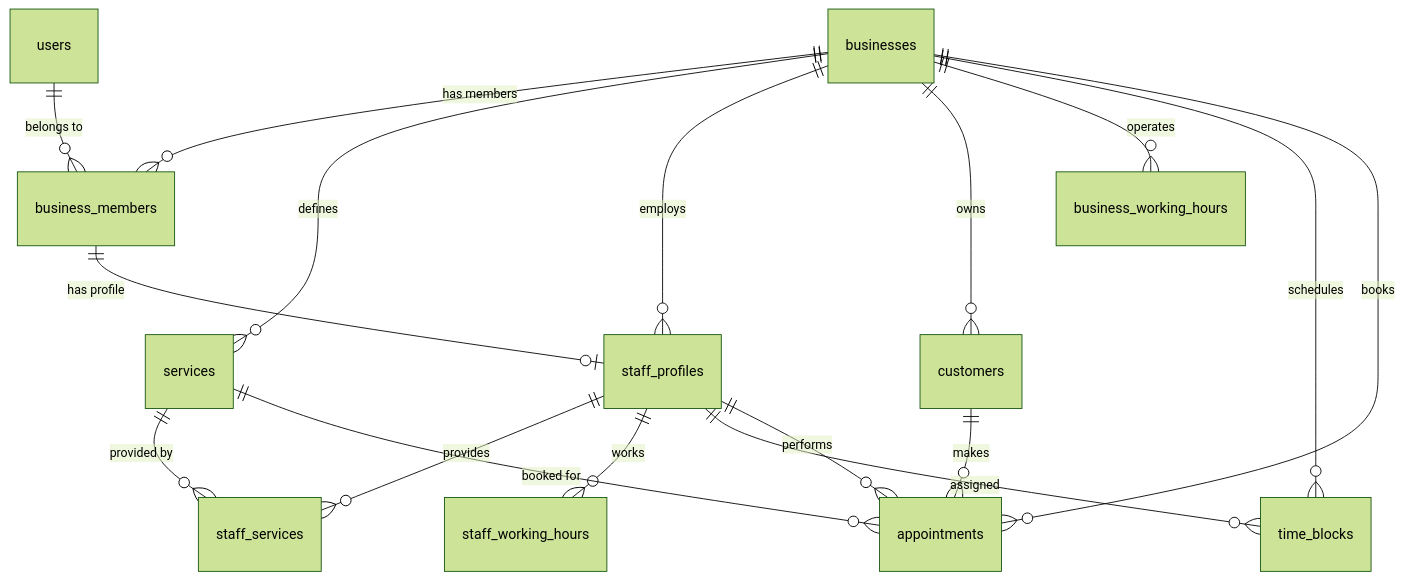
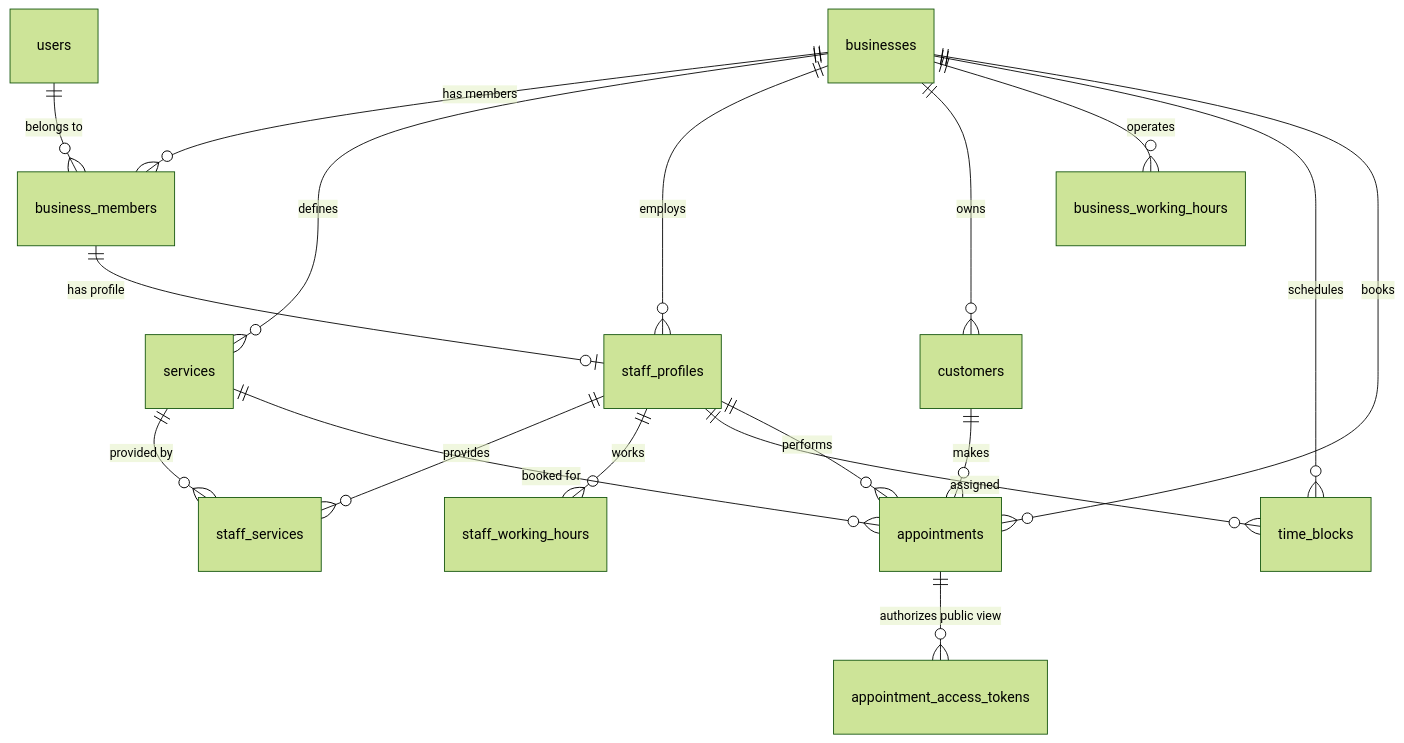
One commit to beb-studio/barbercraft changed the diagram in DATABASE.md. Above: the diagram before and after it, drawn with Mermaid (forest theme). The commit also changed other lines of this file and 45 other files, not shown here.

Commit message:
feat: add secure public appointment management access

````diff
--- a/DATABASE.md
+++ b/DATABASE.md
@@ -11,19 +11,20 @@
 ```mermaid
 erDiagram
     users ||--o{ business_members : "belongs to"
     businesses ||--o{ business_members : "has members"
     businesses ||--o{ services : "defines"
     business_members ||--o| staff_profiles : "has profile"
     businesses ||--o{ staff_profiles : "employs"
     staff_profiles ||--o{ staff_services : "provides"
     services ||--o{ staff_services : "provided by"
     businesses ||--o{ customers : "owns"
     businesses ||--o{ business_working_hours : "operates"
     staff_profiles ||--o{ staff_working_hours : "works"
     businesses ||--o{ time_blocks : "schedules"
     staff_profiles ||--o{ time_blocks : "assigned"
     businesses ||--o{ appointments : "books"
+    appointments ||--o{ appointment_access_tokens : "authorizes public view"
     customers ||--o{ appointments : "makes"
     staff_profiles ||--o{ appointments : "performs"
     services ||--o{ appointments : "booked for"
 ```
````
